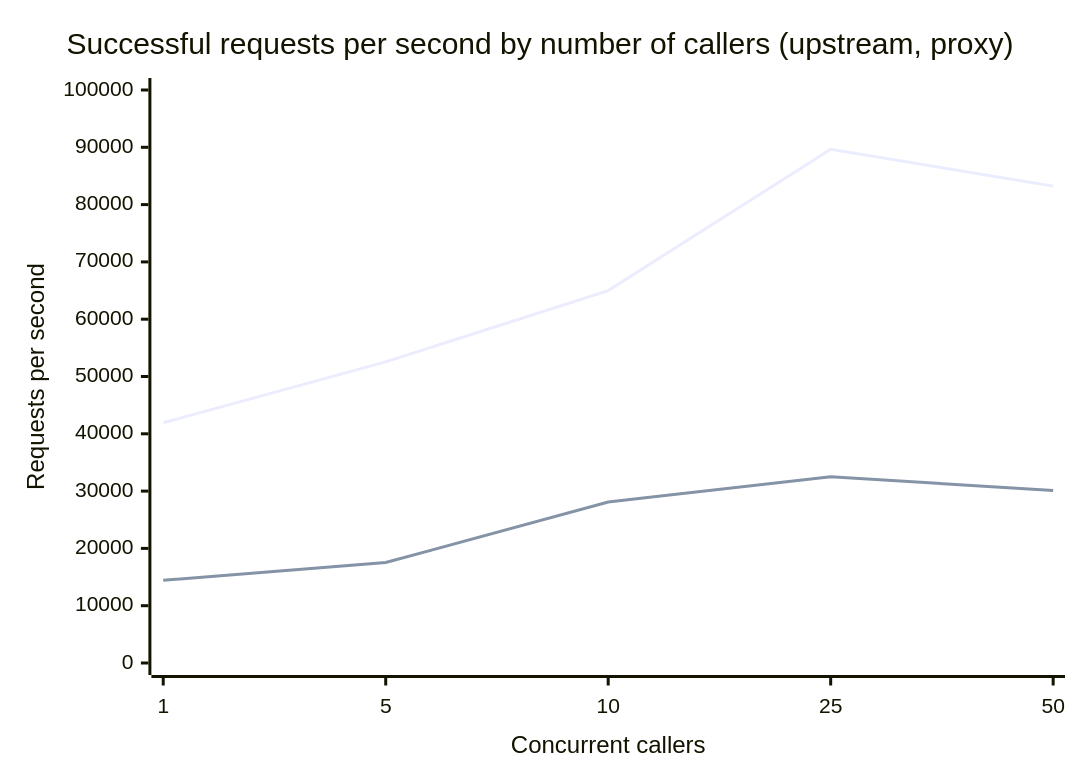
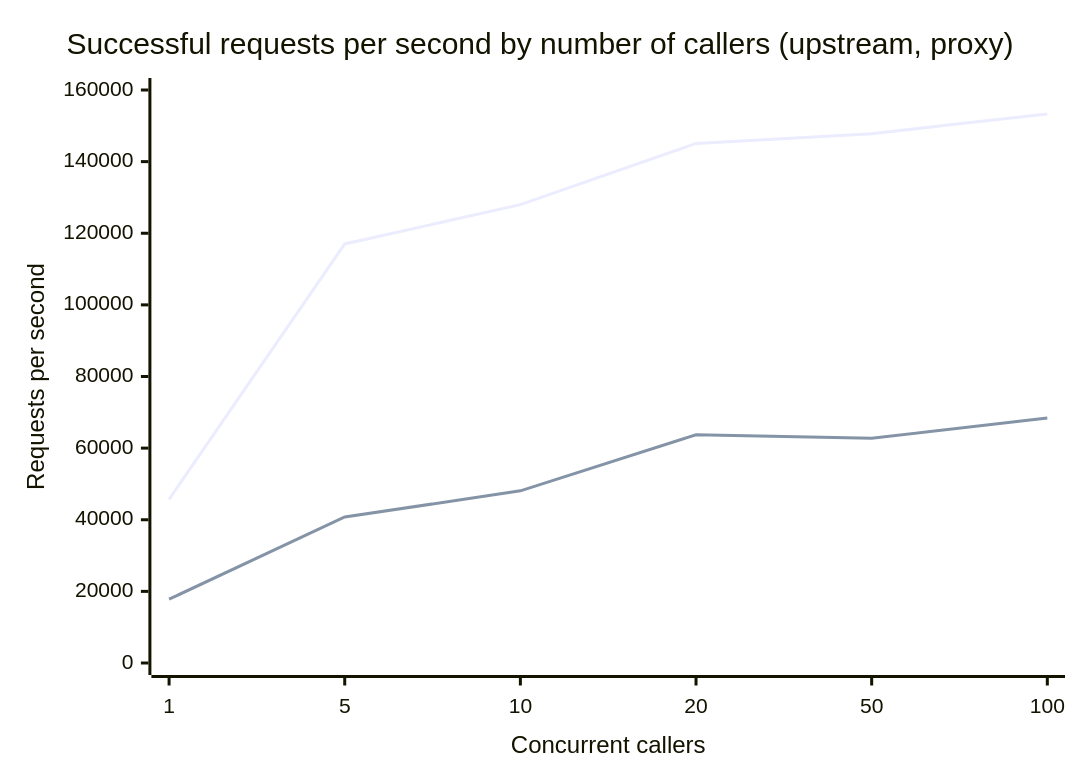
Before and after one commit to aisrael/reverse-proxy: the fourth of 4 diagrams in docs/benchmarks.md, drawn with Mermaid. The commit also changed other lines of this file, not shown here.

````diff
--- a/docs/benchmarks.md
+++ b/docs/benchmarks.md
@@ -93,8 +96,8 @@
 ```mermaid
 xychart-beta
     title "Successful requests per second by number of callers (upstream, proxy)"
-    x-axis "Concurrent callers" ["1", "5", "10", "25", "50"]
-    y-axis "Requests per second" 0 --> 100000
-    line [41924, 52542, 64994, 89644, 83221]
-    line [14426, 17532, 28086, 32499, 30124]
+    x-axis "Concurrent callers" ["1", "5", "10", "20", "50", "100"]
+    y-axis "Requests per second" 0 --> 160000
+    line [45715, 117019, 127992, 145082, 147799, 153329]
+    line [17817, 40766, 48071, 63731, 62728, 68401]
 ```
````
